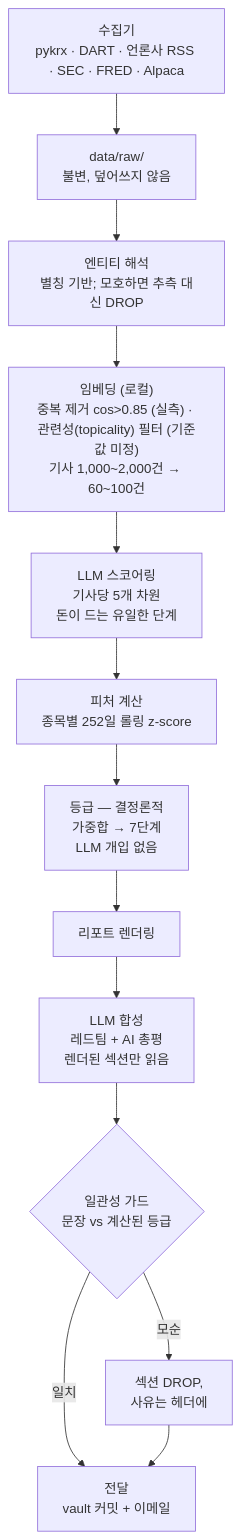
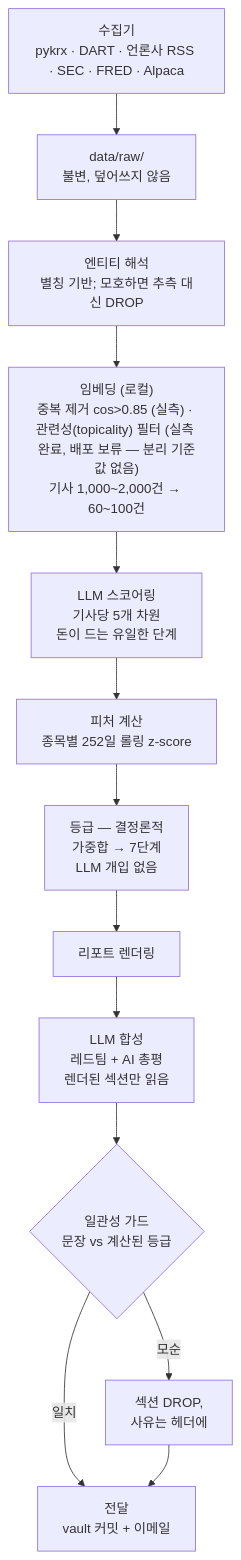
Before and after one commit to uichan-lee/market-briefing: the diagram in README.ko.md, drawn with Mermaid. The commit also changed other lines of this file and 4 other files, not shown here.

````diff
--- a/README.ko.md
+++ b/README.ko.md
@@ -110,15 +110,15 @@
 ```mermaid
 flowchart TD
     A["수집기<br/>pykrx · DART · 언론사 RSS · SEC · FRED · Alpaca"] --> B["data/raw/<br/>불변, 덮어쓰지 않음"]
     B --> C["엔티티 해석<br/>별칭 기반; 모호하면 추측 대신 DROP"]
-    C --> D["임베딩 (로컬)<br/>중복 제거 cos&gt;0.85 (실측) · 관련성(topicality) 필터 (기준값 미정)<br/>기사 1,000~2,000건 → 60~100건"]
+    C --> D["임베딩 (로컬)<br/>중복 제거 cos&gt;0.85 (실측) · 관련성(topicality) 필터 (실측 완료, 배포 보류 — 분리 기준값 없음)<br/>기사 1,000~2,000건 → 60~100건"]
     D --> E["LLM 스코어링<br/>기사당 5개 차원<br/>돈이 드는 유일한 단계"]
     E --> F["피처 계산<br/>종목별 252일 롤링 z-score"]
     F --> G["등급 — 결정론적<br/>가중합 → 7단계<br/>LLM 개입 없음"]
     G --> H["리포트 렌더링"]
     H --> I["LLM 합성<br/>레드팀 + AI 총평<br/>렌더된 섹션만 읽음"]
     I --> J{"일관성 가드<br/>문장 vs 계산된 등급"}
     J -->|모순| K["섹션 DROP,<br/>사유는 헤더에"]
     J -->|일치| L["전달<br/>vault 커밋 + 이메일"]
     K --> L
 ```
````
